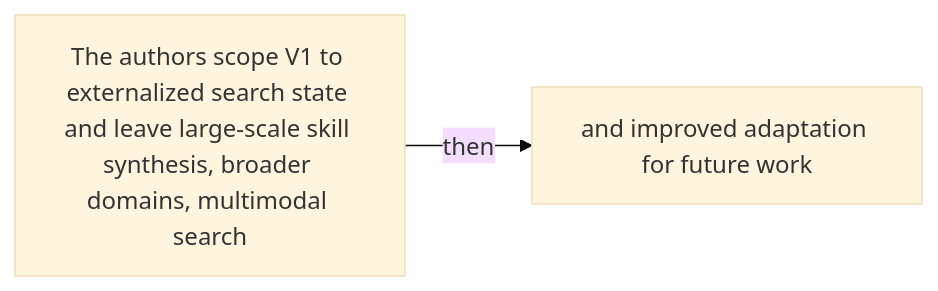
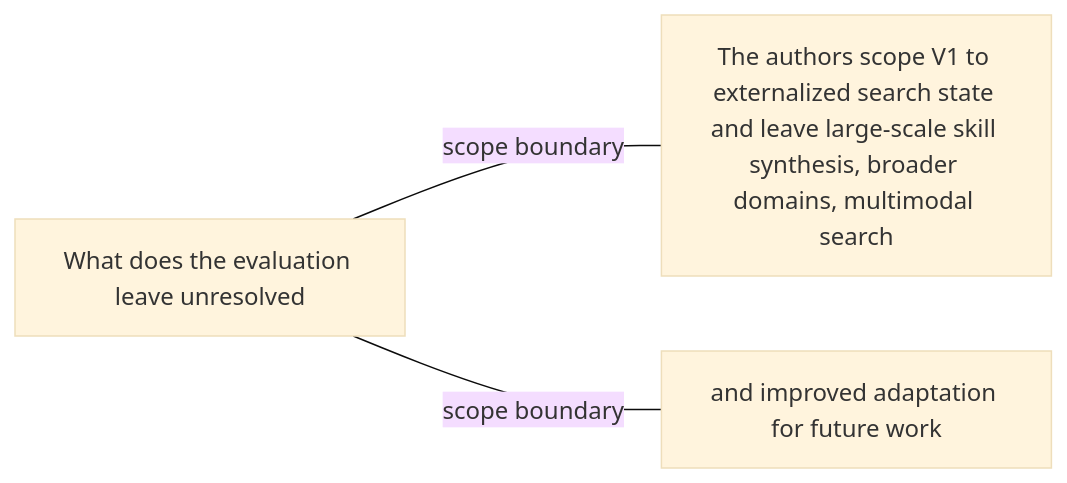
Diagram 45 of 51 in docs/visual-manifests/VISUAL_MANIFEST_SEARCHOS_V1.md (Betancourt1/paper_atlas), drawn with Mermaid (base theme) before and after one commit. The commit also changed other lines of this file and 7 other files, not shown here.

````diff
--- a/docs/visual-manifests/VISUAL_MANIFEST_SEARCHOS_V1.md
+++ b/docs/visual-manifests/VISUAL_MANIFEST_SEARCHOS_V1.md
@@ -3767,6 +3785,8 @@
 ```mermaid
 flowchart LR
-  n1["The authors scope V1 to externalized search state and leave large-scale skill synthesis, broader domains, multimodal search"]
-  n2["and improved adaptation for future work"]
-  n1 -->|"then"| n2
+  center["What does the evaluation leave unresolved"]
+  f1["The authors scope V1 to externalized search state and leave large-scale skill synthesis, broader domains, multimodal search"]
+  f2["and improved adaptation for future work"]
+  center ---|"scope boundary"| f1
+  center ---|"scope boundary"| f2
 ```
````
